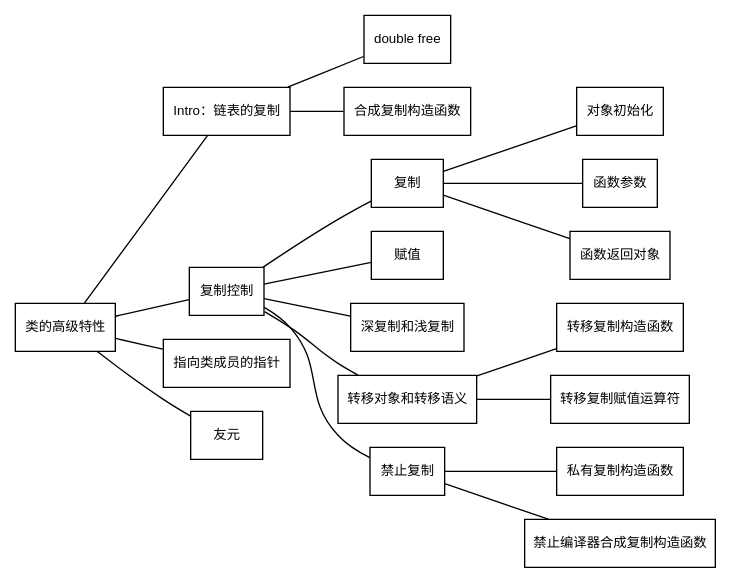
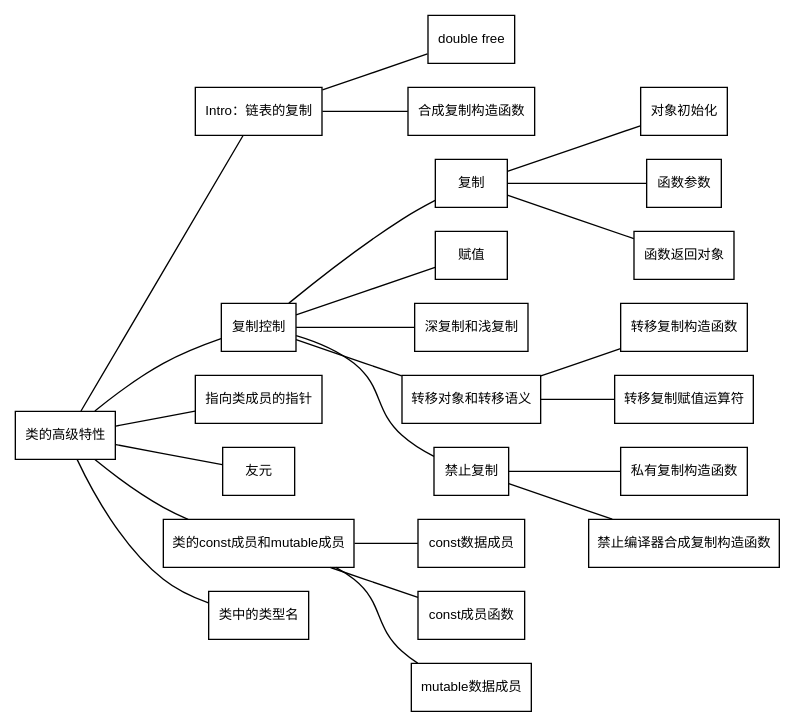
The diagram in docs/ReadingNotes/cpp_modern_approach/img/class-advance-features.dot (InzamZ/Notes_Public), drawn with Graphviz before and after one commit.

Commit message:
docs(C++程序设计现代方法): 更新第四 章思维导图

```diff
--- a/docs/ReadingNotes/cpp_modern_approach/img/class-advance-features.dot
+++ b/docs/ReadingNotes/cpp_modern_approach/img/class-advance-features.dot
@@ -1,47 +1,55 @@
 graph g {
     fontname="Helvetica,Arial,sans-serif"
     node [fontname="Helvetica,Arial,sans-serif"]
     edge [fontname="Helvetica,Arial,sans-serif"]
     rankdir="LR"
     node [fontsize=10, shape=box, height=0.5]
     edge [arrowhead=none, weight=50,constraint=true,weight=1000]
     "title" [ label="类的高级特性" ]
     "title1" [ label="Intro：链表的复制" ]
     "note1.1" [ label="double free" ]
     "note1.2" [ label="合成复制构造函数" ]
     "title" -- "title1"
     "title1" -- "note1.1"
     "title1" -- "note1.2"
     "title2" [ label="复制控制" ]
     "title" -- "title2"
     "title2.1" [ label="复制" ]
     "title2" -- "title2.1"
     "note2.1.1" [ label="对象初始化" ]
     "note2.1.2" [ label="函数参数" ]
     "note2.1.3" [ label="函数返回对象" ]
     "title2.1" -- "note2.1.1"
     "title2.1" -- "note2.1.2"
     "title2.1" -- "note2.1.3"
     "title2.2" [ label="赋值" ]
     "title2" -- "title2.2"
     "title2.3" [ label="深复制和浅复制" ]
     "title2" -- "title2.3"
     "title2.4" [ label="转移对象和转移语义" ]
     "title2" -- "title2.4"
     "note2.4.1" [ label="转移复制构造函数" ]
     "note2.4.2" [ label="转移复制赋值运算符" ]
     "title2.4" -- "note2.4.1"
     "title2.4" -- "note2.4.2"
     "title2.5" [ label="禁止复制" ]
     "title2" -- "title2.5"
     "note2.5.1" [ label="私有复制构造函数" ]
     "note2.5.2" [ label="禁止编译器合成复制构造函数" ]
     "title2.5" -- "note2.5.1"
     "title2.5" -- "note2.5.2"
     "title3" [ label="指向类成员的指针" ]
     "title" -- "title3"
     "title4" [ label="友元" ]
     "title" -- "title4"
-    
-
+    "title5" [ label="类的const成员和mutable成员" ]
+    "title" -- "title5"
+    "title5.1" [ label="const数据成员" ]
+    "title5.2" [ label="const成员函数" ]
+    "title5.3" [ label="mutable数据成员" ]
+    "title5" -- "title5.1"
+    "title5" -- "title5.2"
+    "title5" -- "title5.3"
+    "title6" [ label="类中的类型名" ]
+    "title" -- "title6"
 }
```
